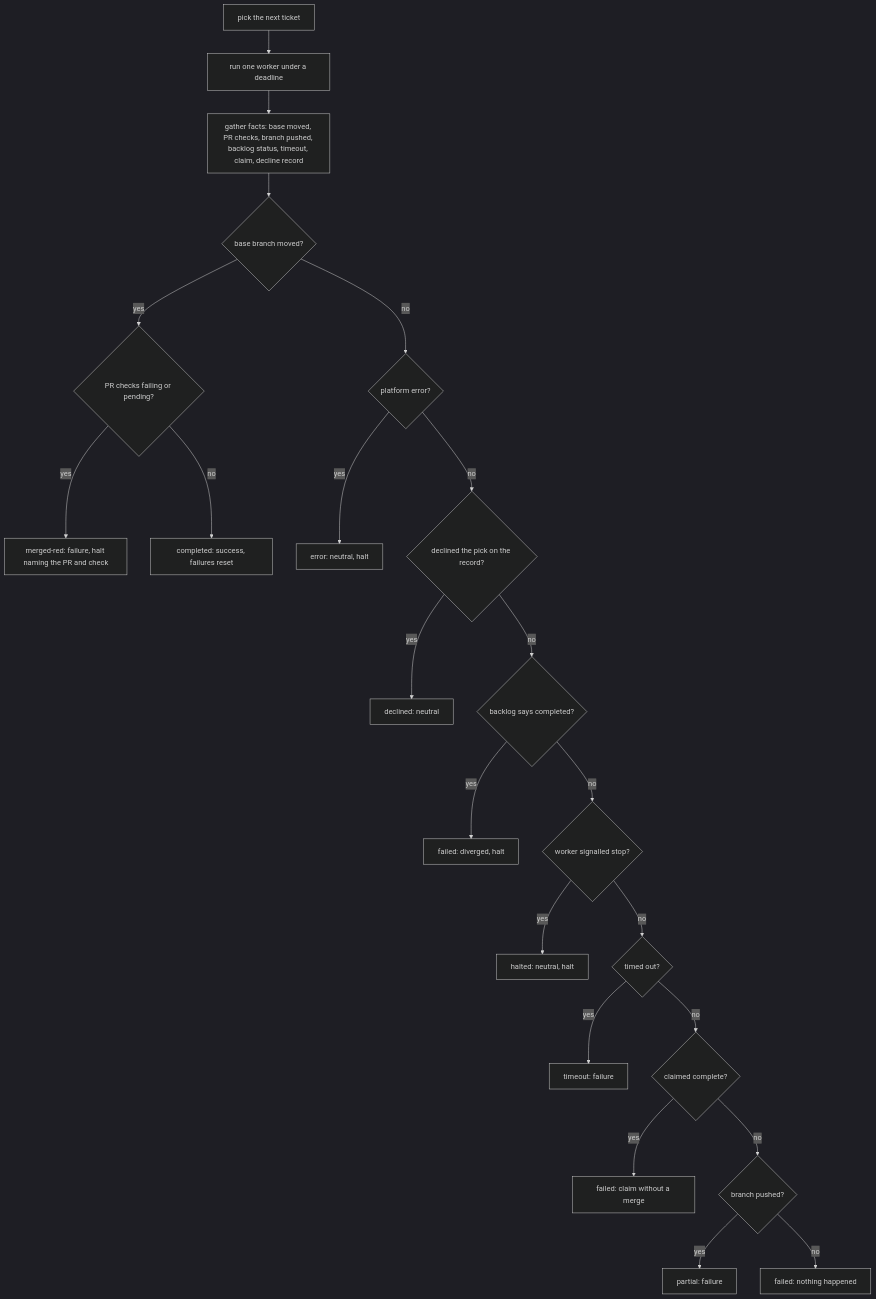
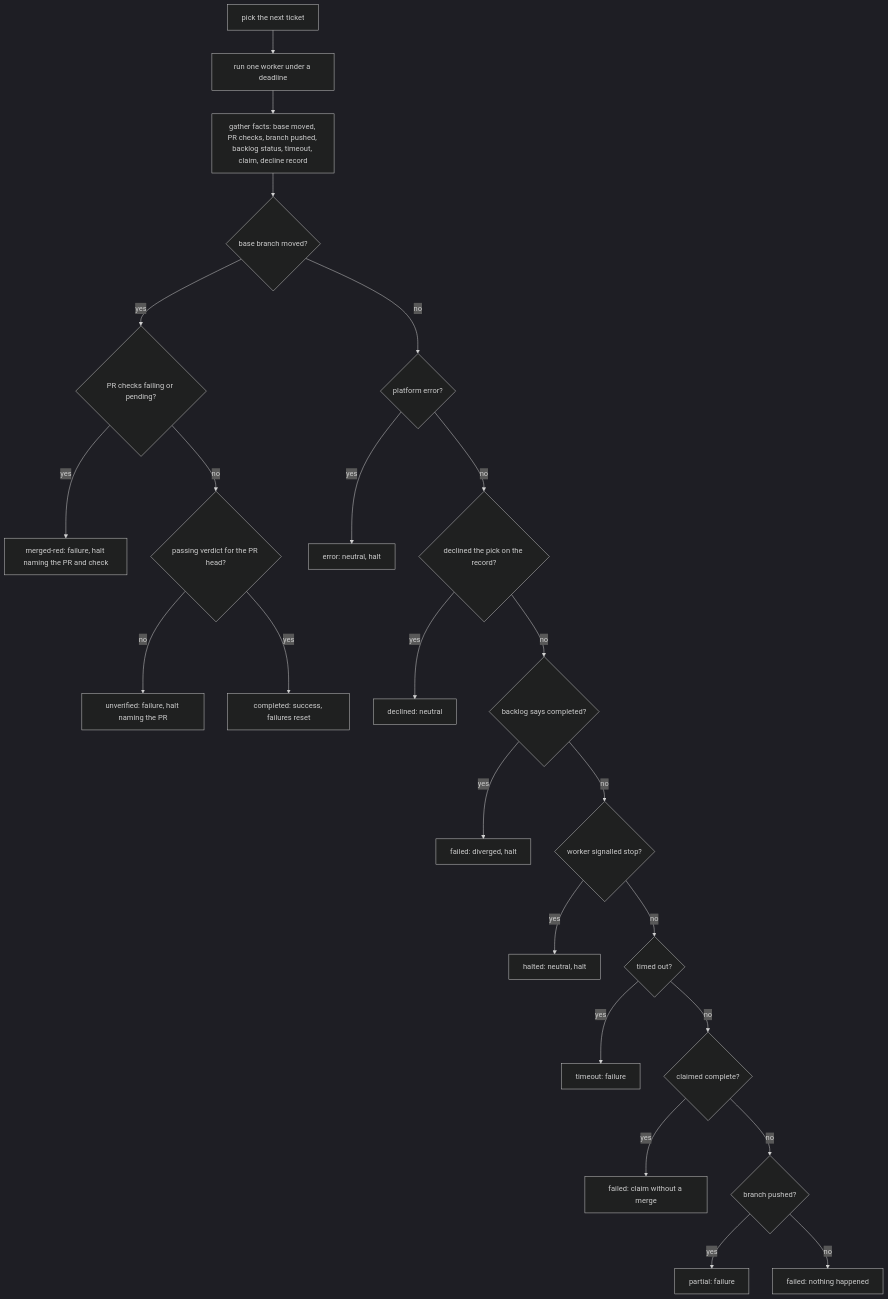
One commit to diegoaltoworks/forger changed the third of 3 diagrams in docs/02-the-loop.md. Above: the diagram before and after it, drawn with Mermaid (dark theme). The commit also changed 18 other files, not shown here.

Commit message:
feat: merge refuses without a current passing verdict, and an unverified merge halts the loop (ADR 0010) (#140)

````diff
--- a/docs/02-the-loop.md
+++ b/docs/02-the-loop.md
@@ -102,24 +102,26 @@
 ```mermaid
 flowchart TD
     S[pick the next ticket] --> W[run one worker under a deadline]
     W --> F[gather facts: base moved, PR checks, branch pushed, backlog status, timeout, claim, decline record]
     F --> M{base branch moved?}
     M -- yes --> R{PR checks failing or pending?}
     R -- yes --> MR[merged-red: failure, halt naming the PR and check]
-    R -- no --> OK[completed: success, failures reset]
+    R -- no --> V{passing verdict for the PR head?}
+    V -- no --> UV[unverified: failure, halt naming the PR]
+    V -- yes --> OK[completed: success, failures reset]
     M -- no --> I{platform error?}
     I -- yes --> E[error: neutral, halt]
     I -- no --> DC{declined the pick on the record?}
     DC -- yes --> DE[declined: neutral]
     DC -- no --> D{backlog says completed?}
     D -- yes --> X[failed: diverged, halt]
     D -- no --> H{worker signalled stop?}
     H -- yes --> HL[halted: neutral, halt]
     H -- no --> T{timed out?}
     T -- yes --> TO[timeout: failure]
     T -- no --> C{claimed complete?}
     C -- yes --> FC[failed: claim without a merge]
     C -- no --> P{branch pushed?}
     P -- yes --> PA[partial: failure]
     P -- no --> FN[failed: nothing happened]
 ```
````
